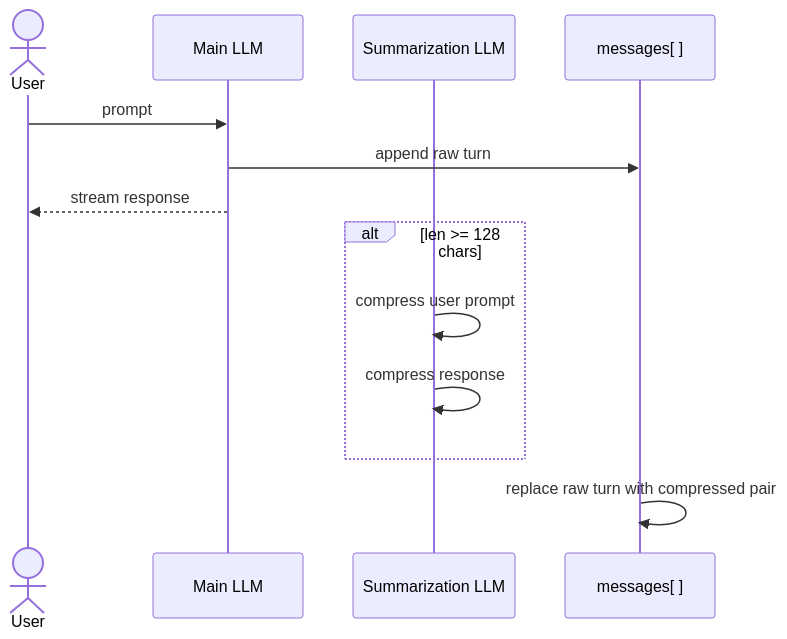
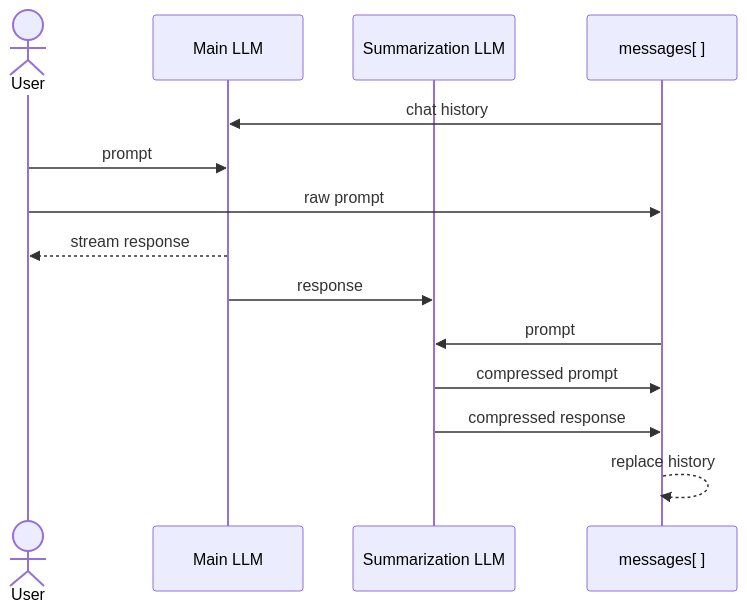
Before and after one commit to zi-wa/History-LM: the diagram in README.md, drawn with Mermaid. The commit also changed other lines of this file, not shown here.

Commit message:
Clarify chat history flow in README
Updated the flow description in the README to clarify the interaction between components.

````diff
--- a/README.md
+++ b/README.md
@@ -22,18 +22,18 @@
 ```mermaid
 sequenceDiagram
     actor User
     participant Main as Main LLM
     participant Summ as Summarization LLM
     participant Mem  as messages[ ]
 
+    Mem->>Main: chat history
     User->>Main: prompt
-    Main->>Mem: append raw turn
+    User->>Mem: raw prompt
     Main-->>User: stream response
+    Main->>Summ: response
+    Mem->>Summ: prompt
+    Summ->>Mem: compressed prompt
+    Summ->>Mem: compressed response
+    Mem-->>Mem: replace history
 
-    alt len >= 128 chars
-        Summ->>Summ: compress user prompt
-        Summ->>Summ: compress response
-    end
-
-    Mem->>Mem: replace raw turn with compressed pair
 ```
````
